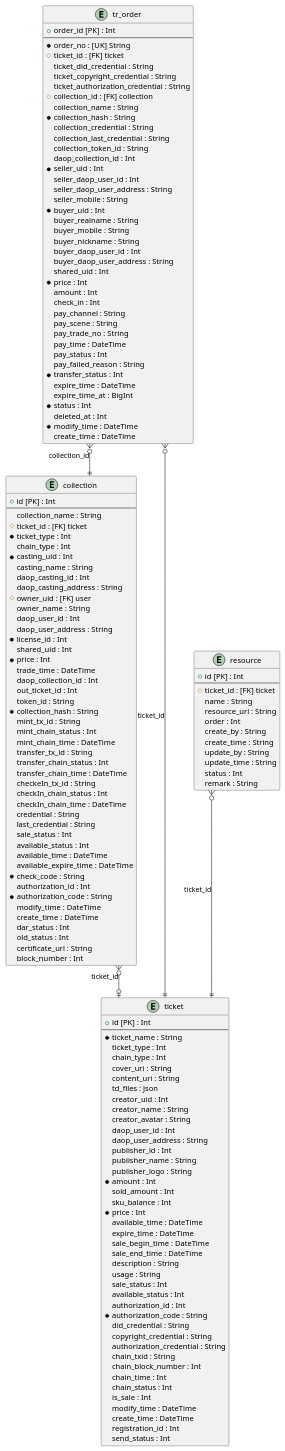
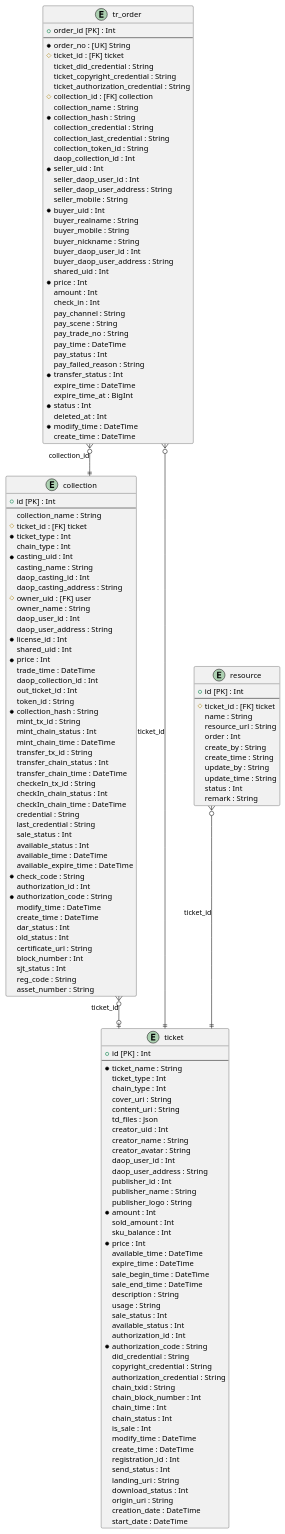
One commit to yuyongpeng/admin-server changed diagram 22 of 28 in src/doc/ER-D.puml. Above: the diagram before and after it, drawn with PlantUML. The commit also changed other lines of this file and 10 other files, not shown here.

```diff
--- a/src/doc/ER-D.puml
+++ b/src/doc/ER-D.puml
@@ -1432,163 +1450,171 @@
 @startuml ticket
 skinparam linetype ortho
 entity "collection" as collection {
 + id [PK] : Int 
 --
   collection_name : String
   # ticket_id : [FK] ticket
   * ticket_type : Int
   chain_type : Int
   * casting_uid : Int
   casting_name : String
   daop_casting_id : Int
   daop_casting_address : String
   # owner_uid : [FK] user
   owner_name : String
   daop_user_id : Int
   daop_user_address : String
   * license_id : Int
   shared_uid : Int
   * price : Int
   trade_time : DateTime
   daop_collection_id : Int
   out_ticket_id : Int
   token_id : String
   * collection_hash : String
   mint_tx_id : String
   mint_chain_status : Int
   mint_chain_time : DateTime
   transfer_tx_id : String
   transfer_chain_status : Int
   transfer_chain_time : DateTime
   checkeIn_tx_id : String
   checkIn_chain_status : Int
   checkIn_chain_time : DateTime
   credential : String
   last_credential : String
   sale_status : Int
   available_status : Int
   available_time : DateTime
   available_expire_time : DateTime
   * check_code : String
   authorization_id : Int
   * authorization_code : String
   modify_time : DateTime
   create_time : DateTime
   dar_status : Int
   old_status : Int
   certificate_url : String
   block_number : Int
+  sjt_status : Int
+  reg_code : String
+  asset_number : String
 }
 
 entity "ticket" as ticket {
 + id [PK] : Int 
 --
   * ticket_name : String
   ticket_type : Int
   chain_type : Int
   cover_uri : String
   content_uri : String
   td_files : Json
   creator_uid : Int
   creator_name : String
   creator_avatar : String
   daop_user_id : Int
   daop_user_address : String
   publisher_id : Int
   publisher_name : String
   publisher_logo : String
   * amount : Int
   sold_amount : Int
   sku_balance : Int
   * price : Int
   available_time : DateTime
   expire_time : DateTime
   sale_begin_time : DateTime
   sale_end_time : DateTime
   description : String
   usage : String
   sale_status : Int
   available_status : Int
   authorization_id : Int
   * authorization_code : String
   did_credential : String
   copyright_credential : String
   authorization_credential : String
   chain_txid : String
   chain_block_number : Int
   chain_time : Int
   chain_status : Int
   is_sale : Int
   modify_time : DateTime
   create_time : DateTime
   registration_id : Int
   send_status : Int
+  landing_uri : String
+  download_status : Int
+  origin_uri : String
+  creation_date : DateTime
+  start_date : DateTime
 }
 
 entity "tr_order" as tr_order {
 + order_id [PK] : Int 
 --
   * order_no : [UK] String
   # ticket_id : [FK] ticket
   ticket_did_credential : String
   ticket_copyright_credential : String
   ticket_authorization_credential : String
   # collection_id : [FK] collection
   collection_name : String
   * collection_hash : String
   collection_credential : String
   collection_last_credential : String
   collection_token_id : String
   daop_collection_id : Int
   * seller_uid : Int
   seller_daop_user_id : Int
   seller_daop_user_address : String
   seller_mobile : String
   * buyer_uid : Int
   buyer_realname : String
   buyer_mobile : String
   buyer_nickname : String
   buyer_daop_user_id : Int
   buyer_daop_user_address : String
   shared_uid : Int
   * price : Int
   amount : Int
   check_in : Int
   pay_channel : String
   pay_scene : String
   pay_trade_no : String
   pay_time : DateTime
   pay_status : Int
   pay_failed_reason : String
   * transfer_status : Int
   expire_time : DateTime
   expire_time_at : BigInt
   * status : Int
   deleted_at : Int
   * modify_time : DateTime
   create_time : DateTime
 }
 
 entity "resource" as resource {
 + id [PK] : Int 
 --
   # ticket_id : [FK] ticket
   name : String
   resource_url : String
   order : Int
   create_by : String
   create_time : String
   update_by : String
   update_time : String
   status : Int
   remark : String
 }
 
 ' Relations
 collection }o--o| ticket: ticket_id
+tr_order }o--|| ticket: ticket_id
 tr_order }o--|| collection: collection_id
-tr_order }o--|| ticket: ticket_id
 resource }o--|| ticket: ticket_id
 ' ManyToMany Relations
 ' enum relations
 @enduml
```
